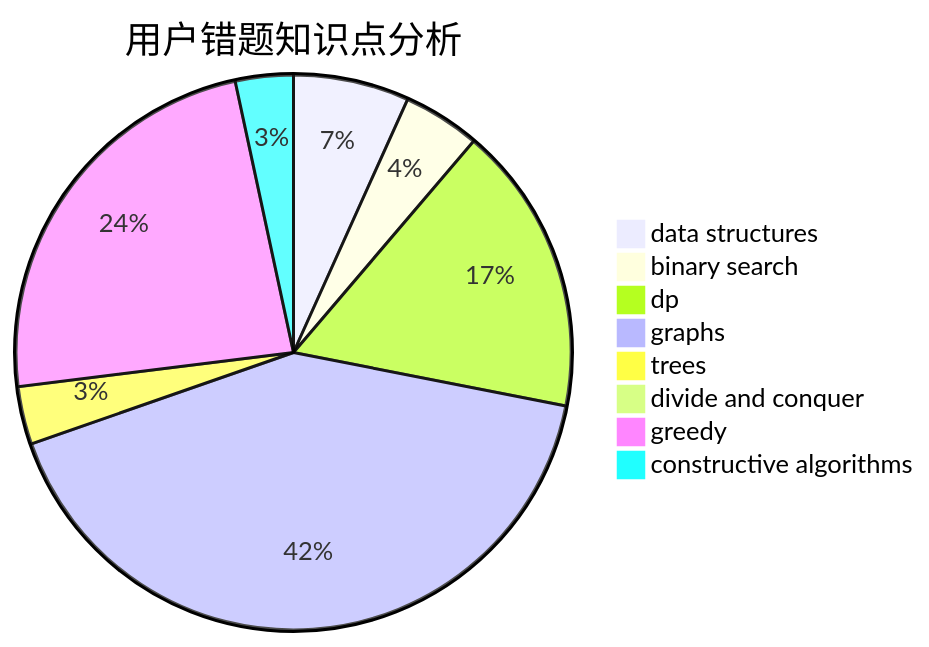
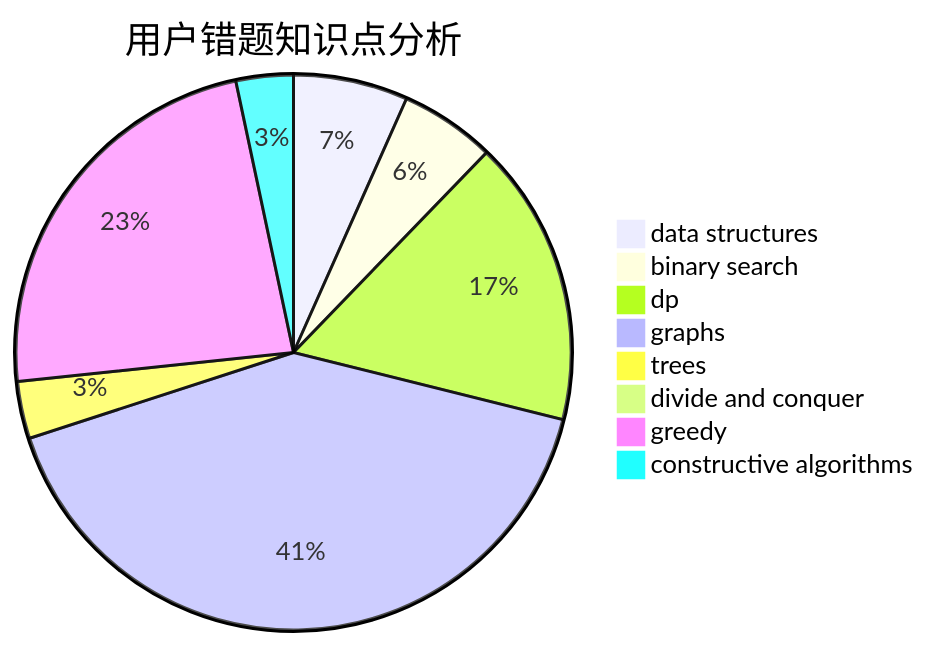
The third of 3 diagrams in docs/user/u367.md (sherpahu/cfrs.github.io), drawn with Mermaid before and after one commit. The commit also changed other lines of this file and 2770 other files, not shown here.

````diff
--- a/docs/user/u367.md
+++ b/docs/user/u367.md
@@ -36,11 +36,11 @@
 ```mermaid
 pie title 用户错题知识点分析
     "data structures" :  6
-    "binary search" :  4
+    "binary search" :  5
     "dp" :  15
     "graphs" :  37
     "trees" :  3
     "divide and conquer" :  0
     "greedy" :  21
     "constructive algorithms" :  3
 ```
````
